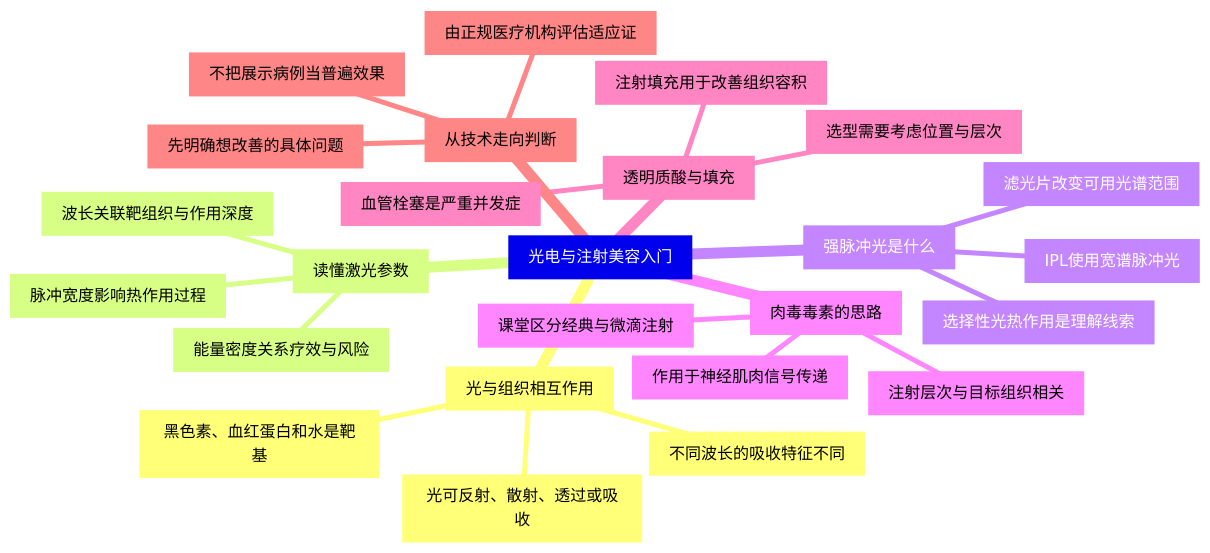
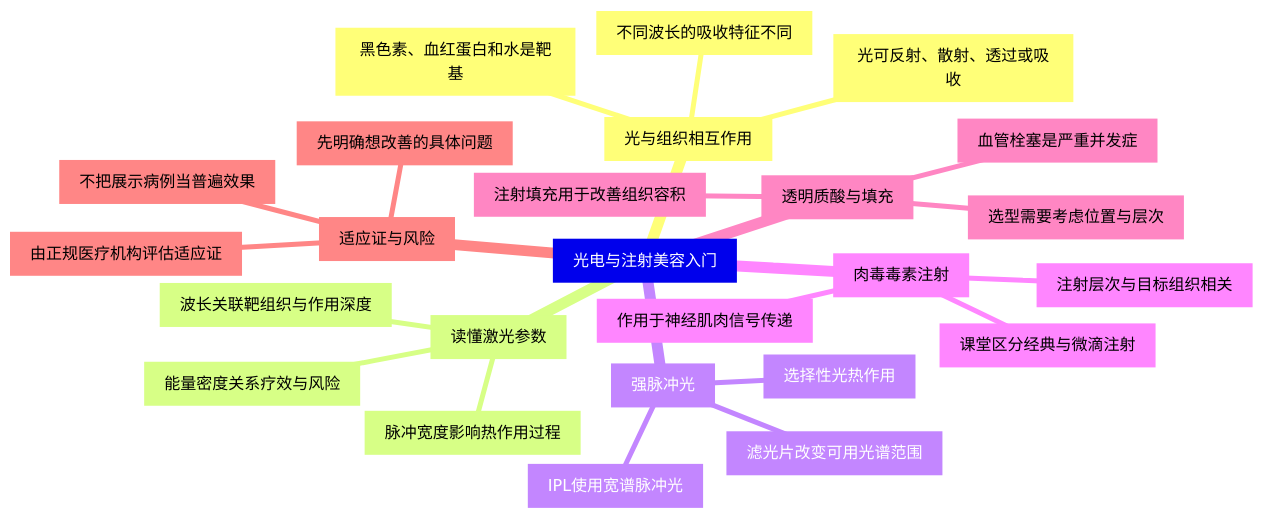
The diagram in docs/assets/lessons/light-and-injection.mmd (hanson2017ear/skin-barrier-skincare-course), drawn with Mermaid before and after one commit. The commit also changed 40 other files, not shown here.

Commit message:
Simplify course notes copy, mindmap labels and reference reading layout

```diff
--- a/docs/assets/lessons/light-and-injection.mmd
+++ b/docs/assets/lessons/light-and-injection.mmd
@@ -1,26 +1,26 @@
 mindmap
   root["光电与注射美容入门"]
     b1["光与组织相互作用"]
       b1n1["光可反射、散射、透过或吸收"]
       b1n2["黑色素、血红蛋白和水是靶基"]
       b1n3["不同波长的吸收特征不同"]
     b2["读懂激光参数"]
       b2n1["波长关联靶组织与作用深度"]
       b2n2["脉冲宽度影响热作用过程"]
       b2n3["能量密度关系疗效与风险"]
-    b3["强脉冲光是什么"]
+    b3["强脉冲光"]
       b3n1["IPL使用宽谱脉冲光"]
       b3n2["滤光片改变可用光谱范围"]
-      b3n3["选择性光热作用是理解线索"]
-    b4["肉毒毒素的思路"]
+      b3n3["选择性光热作用"]
+    b4["肉毒毒素注射"]
       b4n1["作用于神经肌肉信号传递"]
       b4n2["课堂区分经典与微滴注射"]
       b4n3["注射层次与目标组织相关"]
     b5["透明质酸与填充"]
       b5n1["注射填充用于改善组织容积"]
       b5n2["选型需要考虑位置与层次"]
       b5n3["血管栓塞是严重并发症"]
-    b6["从技术走向判断"]
+    b6["适应证与风险"]
       b6n1["先明确想改善的具体问题"]
       b6n2["由正规医疗机构评估适应证"]
       b6n3["不把展示病例当普遍效果"]
```
